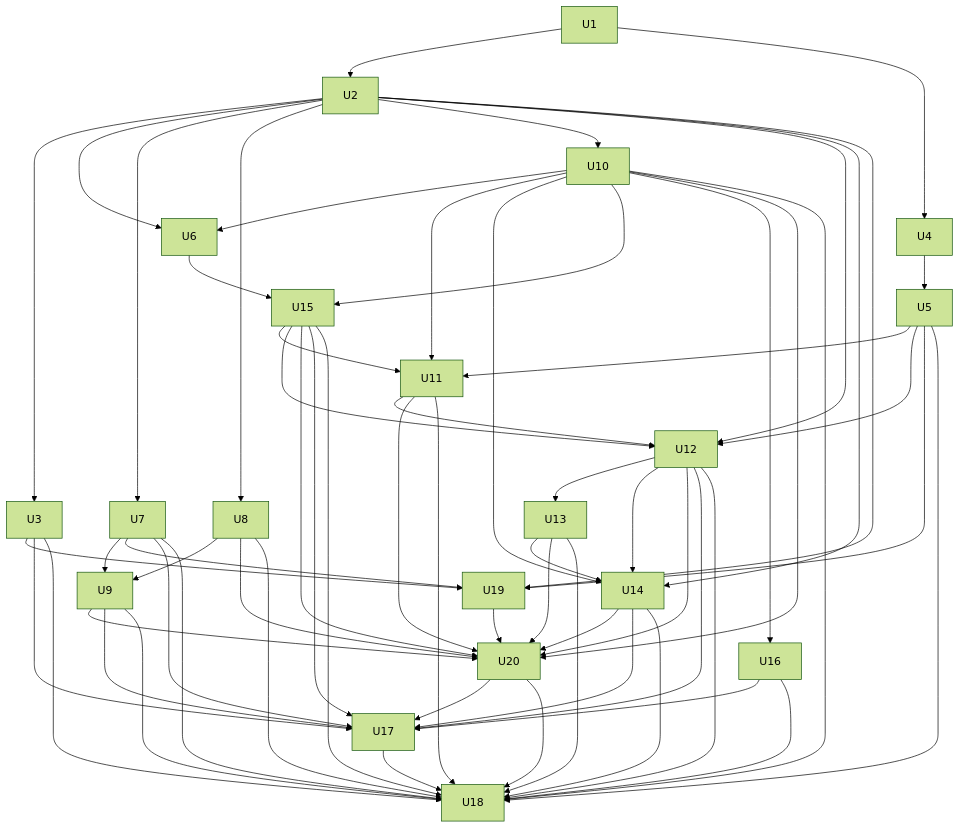
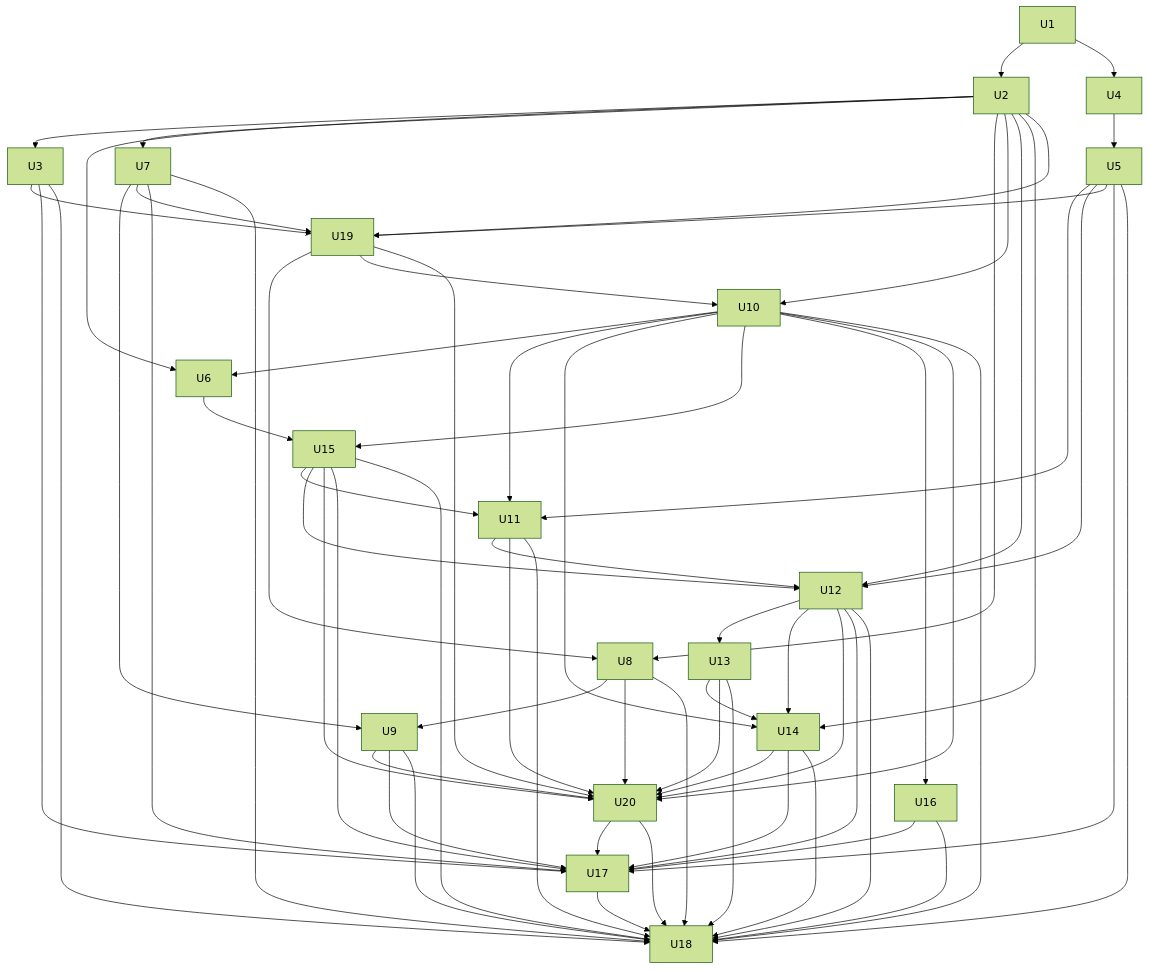
The third of 4 diagrams in docs/plans/2026-08-16-001-feat-datafoundry-coa-migration-plan.md (LienJack/data-agent), drawn with Mermaid (forest theme) before and after one commit. The commit also changed other lines of this file, not shown here.

````diff
--- a/docs/plans/2026-08-16-001-feat-datafoundry-coa-migration-plan.md
+++ b/docs/plans/2026-08-16-001-feat-datafoundry-coa-migration-plan.md
@@ -438,64 +527,67 @@
 ```mermaid
 flowchart TB
     U1 --> U2
     U2 --> U3
     U1 --> U4
     U4 --> U5
     U2 --> U6
     U10 --> U6
     U2 --> U7
     U2 --> U8
+    U19 --> U8
     U7 --> U9
     U8 --> U9
     U2 --> U10
+    U19 --> U10
     U5 --> U11
     U10 --> U11
     U15 --> U11
     U2 --> U12
     U5 --> U12
     U11 --> U12
     U15 --> U12
     U12 --> U13
     U2 --> U14
     U10 --> U14
     U12 --> U14
     U13 --> U14
     U6 --> U15
     U10 --> U15
     U10 --> U16
     U2 --> U19
     U3 --> U19
     U5 --> U19
     U7 --> U19
     U8 --> U20
     U9 --> U20
     U10 --> U20
     U11 --> U20
     U12 --> U20
     U13 --> U20
     U14 --> U20
     U15 --> U20
     U19 --> U20
     U3 --> U17
+    U5 --> U17
     U7 --> U17
     U9 --> U17
     U12 --> U17
     U14 --> U17
     U15 --> U17
     U16 --> U17
     U20 --> U17
     U3 --> U18
     U5 --> U18
     U7 --> U18
     U8 --> U18
     U9 --> U18
     U10 --> U18
     U11 --> U18
     U12 --> U18
     U13 --> U18
     U14 --> U18
     U15 --> U18
     U16 --> U18
     U17 --> U18
     U20 --> U18
 ```
````
